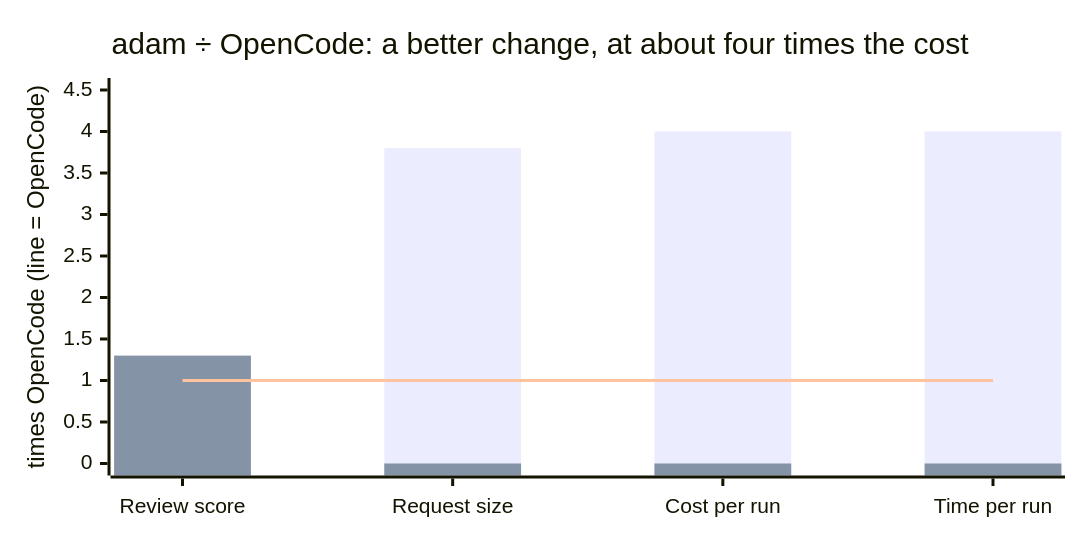
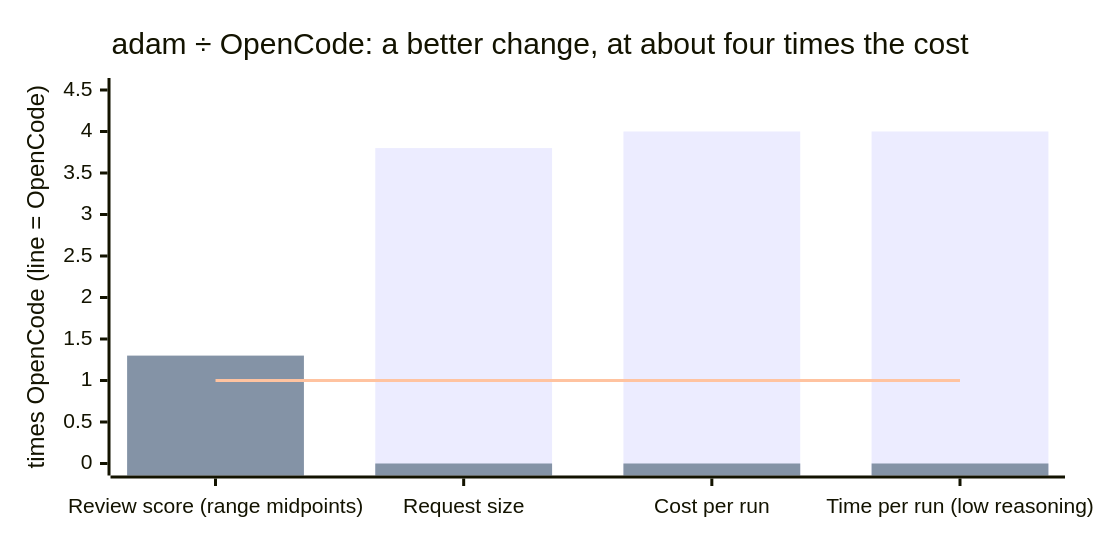
Before and after one commit to WhyThatFunction/ssegning-com: the sixth of 7 diagrams in apps/cms/src/bootstrap/articles/14-building-adam-rs-part-1.md, drawn with Mermaid. The commit also changed other lines of this file and 1 other file, not shown here.

````diff
--- a/apps/cms/src/bootstrap/articles/14-building-adam-rs-part-1.md
+++ b/apps/cms/src/bootstrap/articles/14-building-adam-rs-part-1.md
@@ -163,14 +164,14 @@
 ```mermaid
 ---
 config:
   xyChart:
     height: 340
 ---
 xychart-beta
     title "adam ÷ OpenCode: a better change, at about four times the cost"
-    x-axis ["Review score", "Request size", "Cost per run", "Time per run"]
+    x-axis ["Review score (range midpoints)", "Request size", "Cost per run", "Time per run (low reasoning)"]
     y-axis "times OpenCode (line = OpenCode)" 0 --> 4.5
     bar [0, 3.8, 4, 4]
     bar [1.3, 0, 0, 0]
     line [1, 1, 1, 1]
 ```
````
